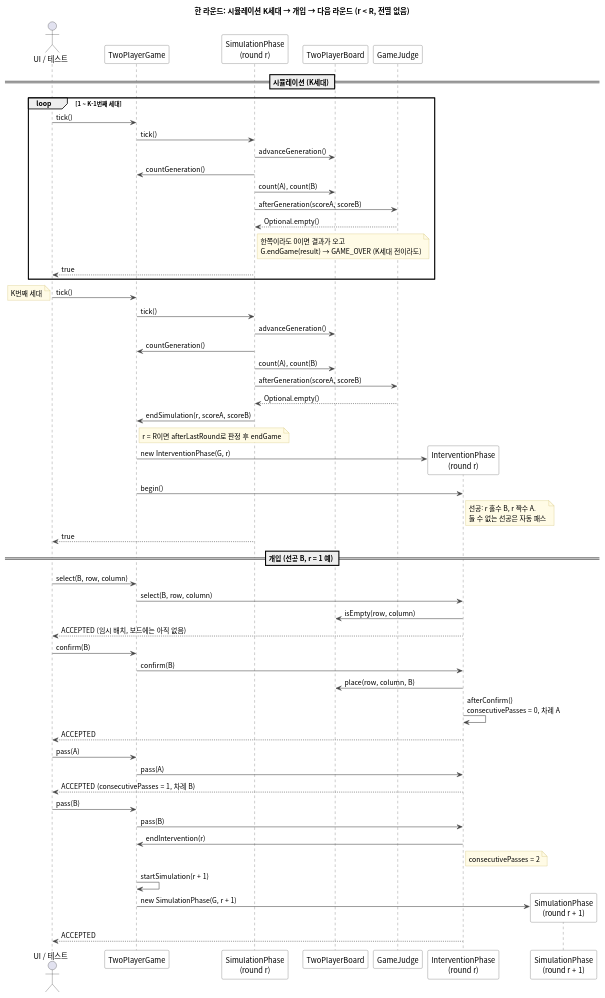
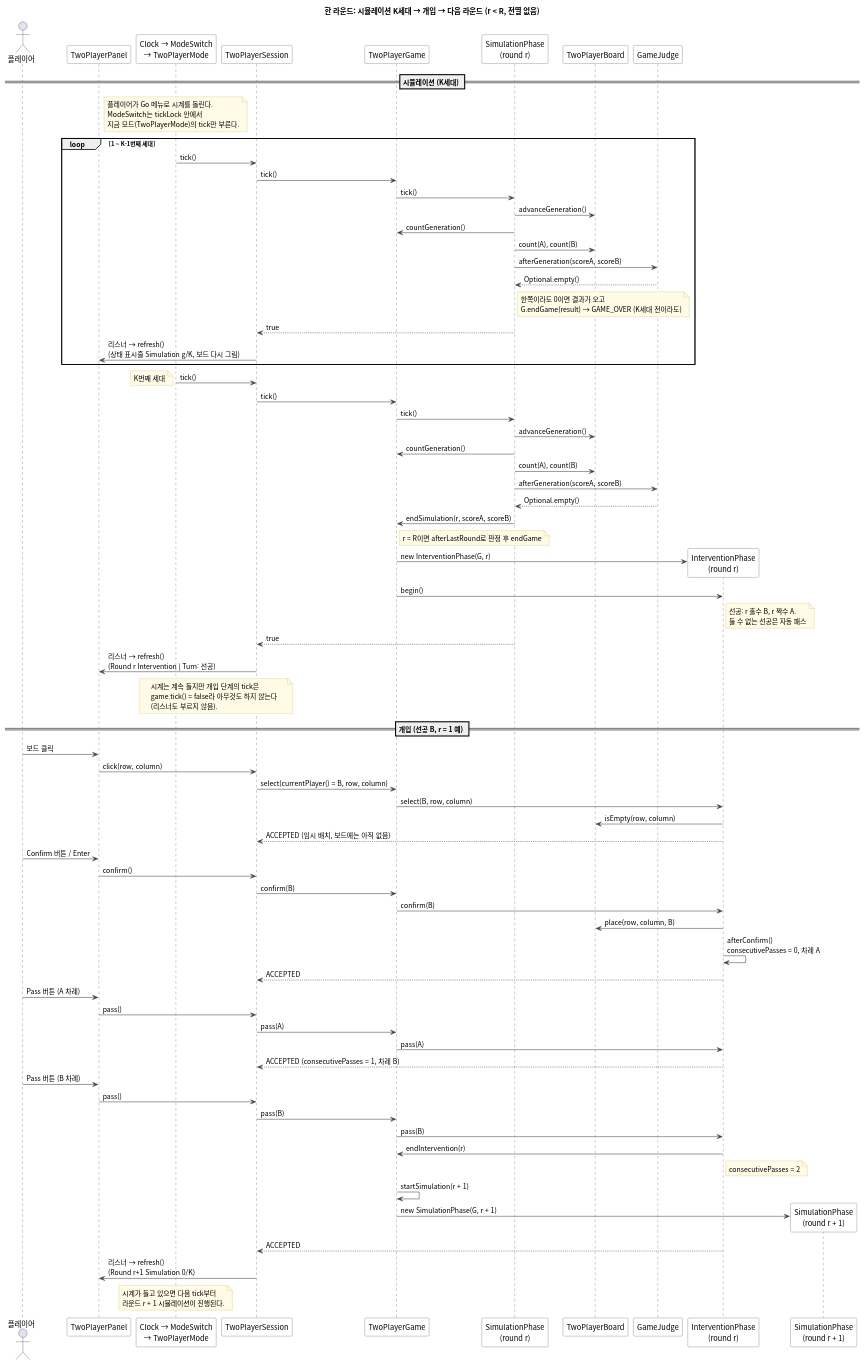
The diagram in Codes/GameOfLife/src/com/holub/life/twoplayer/docs/diagrams/twoplayer-round-sequence.puml (DesignPattern8/DPTermProject), drawn with PlantUML before and after one commit. The commit also changed 8 other files, not shown here.

Commit message:
docs: 클래스·라운드 시퀀스·단계 상태 다이어그램을 현재 코드로 갱신 (TwoPlayerSession, 시계·패널 호출 경로, New Game) (#8)

```diff
--- a/Codes/GameOfLife/src/com/holub/life/twoplayer/docs/diagrams/twoplayer-round-sequence.puml
+++ b/Codes/GameOfLife/src/com/holub/life/twoplayer/docs/diagrams/twoplayer-round-sequence.puml
@@ -1,75 +1,97 @@
 @startuml twoplayer-round-sequence
-' 2인용 게임 한 라운드(r < R) 시퀀스 다이어그램 (#6)
-' 근거: SimulationPhase.tick, TwoPlayerGame.endSimulation/endIntervention/startSimulation,
-'       InterventionPhase.begin/pass/afterConfirm, PlacingPhase.select/confirm (feature/two-player-mode 86bda26)
+' 2인용 게임 한 라운드(r < R) 시퀀스 다이어그램 (#6, #7에서 실제 호출 경로로 갱신)
+' 근거: ui/ModeSwitch.tick, twoplayer/ui/TwoPlayerMode.tick, twoplayer/ui/TwoPlayerPanel(버튼·클릭),
+'       TwoPlayerSession.click/confirm/pass/tick, SimulationPhase.tick,
+'       TwoPlayerGame.endSimulation/endIntervention/startSimulation,
+'       InterventionPhase.begin/pass/afterConfirm, PlacingPhase.select/confirm (feature/base cd72be6)
+' 리스너 호출(세션 → 패널 refresh)은 입력·진행한 tick마다 있으나 처음 한 번만 그린다.
 skinparam defaultFontName "Noto Sans CJK KR"
 skinparam shadowing false
 skinparam sequence {
   ArrowColor #444444
   LifeLineBorderColor #444444
   ParticipantBorderColor #444444
   ParticipantBackgroundColor #FFFFFF
 }
 skinparam note {
   BackgroundColor #FFFBE6
   BorderColor #C9B458
 }
 
 title 한 라운드: 시뮬레이션 K세대 → 개입 → 다음 라운드 (r < R, 전멸 없음)
 
-actor "UI / 테스트" as UI
+actor "플레이어" as P
+participant "TwoPlayerPanel" as UI
+participant "Clock → ModeSwitch\n→ TwoPlayerMode" as C
+participant TwoPlayerSession as SS
 participant TwoPlayerGame as G
 participant "SimulationPhase\n(round r)" as S
 participant TwoPlayerBoard as B
 participant GameJudge as J
 participant "InterventionPhase\n(round r)" as I
 participant "SimulationPhase\n(round r + 1)" as S2
 
 == 시뮬레이션 (K세대) ==
+note over C : 플레이어가 Go 메뉴로 시계를 돌린다.\nModeSwitch는 tickLock 안에서\n지금 모드(TwoPlayerMode)의 tick만 부른다.
 loop 1 ~ K-1번째 세대
-  UI -> G : tick()
+  C -> SS : tick()
+  SS -> G : tick()
   G -> S : tick()
   S -> B : advanceGeneration()
   S -> G : countGeneration()
   S -> B : count(A), count(B)
   S -> J : afterGeneration(scoreA, scoreB)
   J --> S : Optional.empty()
   note right of S : 한쪽이라도 0이면 결과가 오고\nG.endGame(result) → GAME_OVER (K세대 전이라도)
-  S --> UI : true
+  S --> SS : true
+  SS -> UI : 리스너 → refresh()\n(상태 표시줄 Simulation g/K, 보드 다시 그림)
 end
-UI -> G : tick()
+C -> SS : tick()
 note left : K번째 세대
+SS -> G : tick()
 G -> S : tick()
 S -> B : advanceGeneration()
 S -> G : countGeneration()
 S -> B : count(A), count(B)
 S -> J : afterGeneration(scoreA, scoreB)
 J --> S : Optional.empty()
 S -> G : endSimulation(r, scoreA, scoreB)
 note right of G : r = R이면 afterLastRound로 판정 후 endGame
 G -> I ** : new InterventionPhase(G, r)
 G -> I : begin()
 note right of I : 선공: r 홀수 B, r 짝수 A.\n둘 수 없는 선공은 자동 패스
-S --> UI : true
+S --> SS : true
+SS -> UI : 리스너 → refresh()\n(Round r Intervention | Turn: 선공)
+note over C, SS : 시계는 계속 돌지만 개입 단계의 tick은\ngame.tick() = false라 아무것도 하지 않는다\n(리스너도 부르지 않음).
 
 == 개입 (선공 B, r = 1 예) ==
-UI -> G : select(B, row, column)
+P -> UI : 보드 클릭
+UI -> SS : click(row, column)
+SS -> G : select(currentPlayer() = B, row, column)
 G -> I : select(B, row, column)
 I -> B : isEmpty(row, column)
-I --> UI : ACCEPTED (임시 배치, 보드에는 아직 없음)
-UI -> G : confirm(B)
+I --> SS : ACCEPTED (임시 배치, 보드에는 아직 없음)
+P -> UI : Confirm 버튼 / Enter
+UI -> SS : confirm()
+SS -> G : confirm(B)
 G -> I : confirm(B)
 I -> B : place(row, column, B)
 I -> I : afterConfirm()\nconsecutivePasses = 0, 차례 A
-I --> UI : ACCEPTED
-UI -> G : pass(A)
+I --> SS : ACCEPTED
+P -> UI : Pass 버튼 (A 차례)
+UI -> SS : pass()
+SS -> G : pass(A)
 G -> I : pass(A)
-I --> UI : ACCEPTED (consecutivePasses = 1, 차례 B)
-UI -> G : pass(B)
+I --> SS : ACCEPTED (consecutivePasses = 1, 차례 B)
+P -> UI : Pass 버튼 (B 차례)
+UI -> SS : pass()
+SS -> G : pass(B)
 G -> I : pass(B)
 I -> G : endIntervention(r)
 note right of I : consecutivePasses = 2
 G -> G : startSimulation(r + 1)
 G -> S2 ** : new SimulationPhase(G, r + 1)
-I --> UI : ACCEPTED
+I --> SS : ACCEPTED
+SS -> UI : 리스너 → refresh()\n(Round r+1 Simulation 0/K)
+note over C : 시계가 돌고 있으면 다음 tick부터\n라운드 r + 1 시뮬레이션이 진행된다.
 @enduml
```
